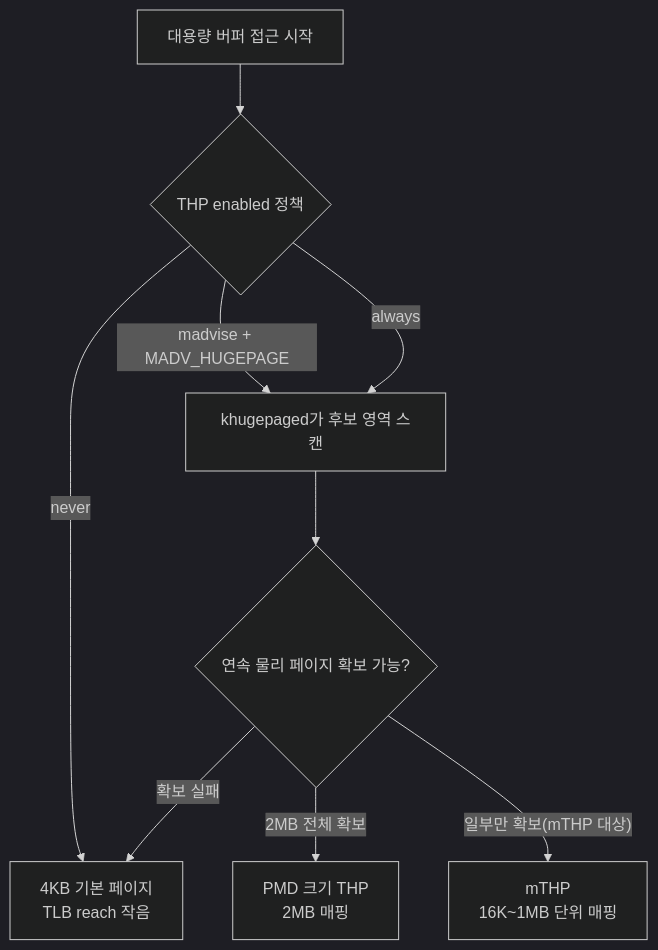
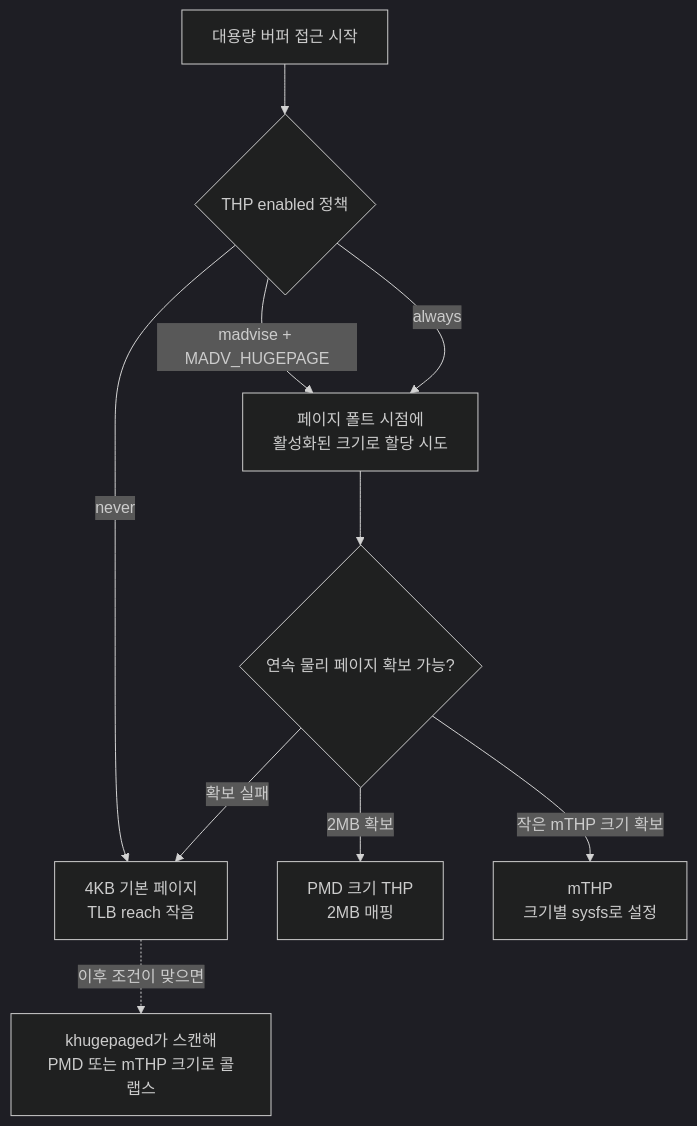
One commit to 42jerrykim/42jerrykim.github.io changed the diagram in content/collection/optimization-04-memory-allocation/08-large-pages/index.md. Above: the diagram before and after it, drawn with Mermaid (dark theme). The commit also changed other lines of this file and 1 other file, not shown here.

````diff
--- a/content/collection/optimization-04-memory-allocation/08-large-pages/index.md
+++ b/content/collection/optimization-04-memory-allocation/08-large-pages/index.md
@@ -109,11 +109,12 @@
 ```mermaid
 flowchart TD
   request["대용량 버퍼 접근 시작"] --> policy{"THP enabled 정책"}
   policy -->|"never"| basePage["4KB 기본 페이지</br>TLB reach 작음"]
-  policy -->|"madvise + MADV_HUGEPAGE"| scan["khugepaged가 후보 영역 스캔"]
-  policy -->|"always"| scan
-  scan --> sizeCheck{"연속 물리 페이지 확보 가능?"}
-  sizeCheck -->|"2MB 전체 확보"| pmdHuge["PMD 크기 THP</br>2MB 매핑"]
-  sizeCheck -->|"일부만 확보(mTHP 대상)"| mthp["mTHP</br>16K~1MB 단위 매핑"]
+  policy -->|"madvise + MADV_HUGEPAGE"| fault["페이지 폴트 시점에</br>활성화된 크기로 할당 시도"]
+  policy -->|"always"| fault
+  fault --> sizeCheck{"연속 물리 페이지 확보 가능?"}
+  sizeCheck -->|"2MB 확보"| pmdHuge["PMD 크기 THP</br>2MB 매핑"]
+  sizeCheck -->|"작은 mTHP 크기 확보"| mthp["mTHP</br>크기별 sysfs로 설정"]
   sizeCheck -->|"확보 실패"| basePage
+  basePage -.->|"이후 조건이 맞으면"| collapse["khugepaged가 스캔해</br>PMD 또는 mTHP 크기로 콜랩스"]
 ```
````
